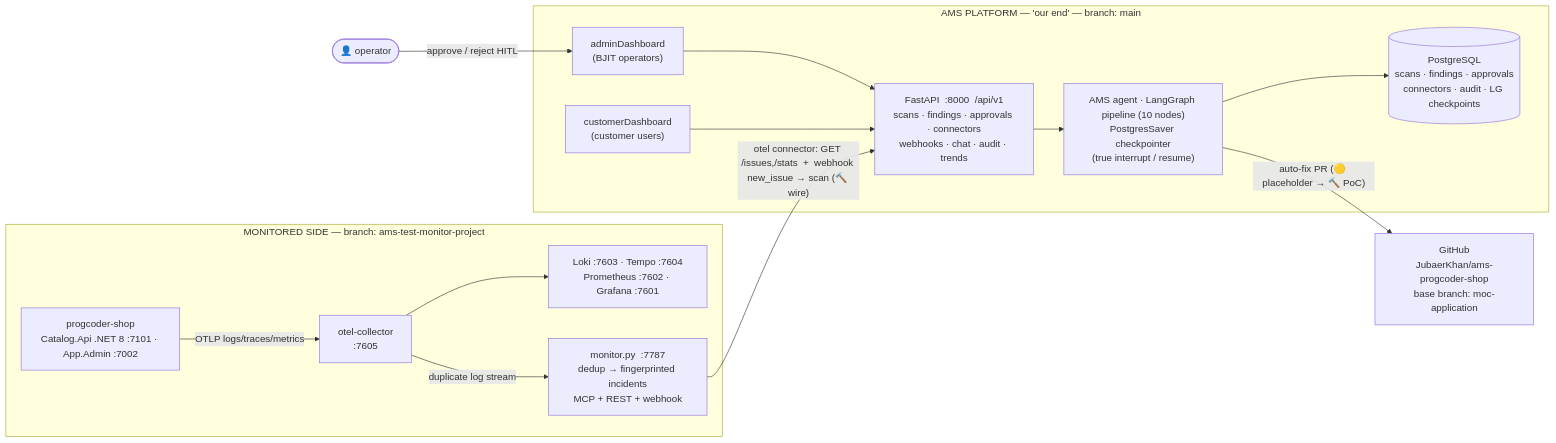
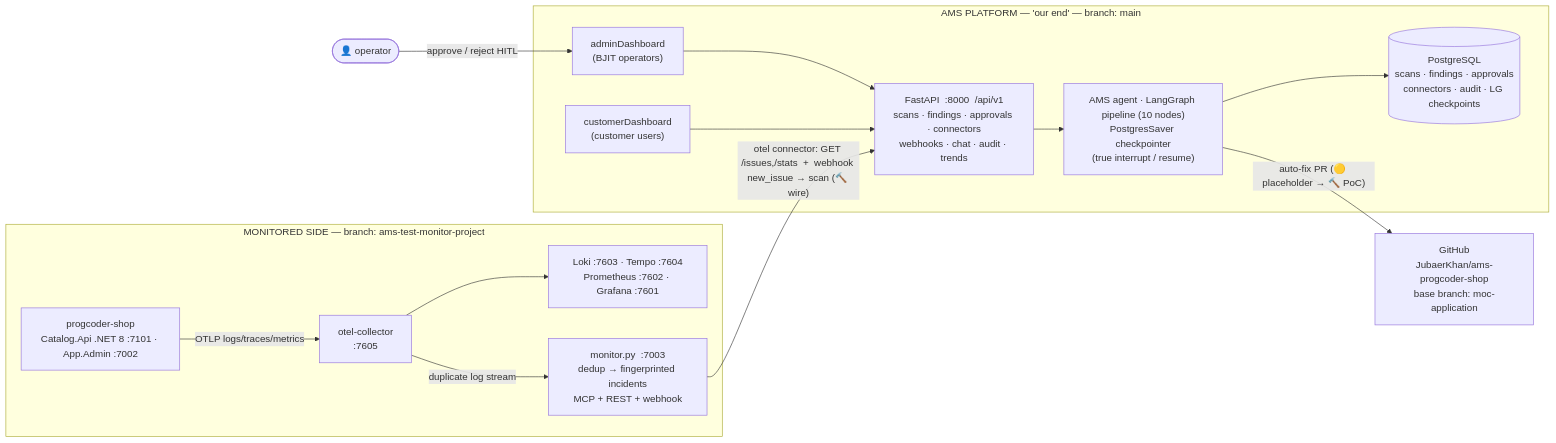
The first of 3 diagrams in poc_v1.0.0_workflow.md (JubaerKhan/ams-progcoder-shop), drawn with Mermaid before and after one commit. The commit also changed other lines of this file and 4 other files, not shown here.

````diff
--- a/poc_v1.0.0_workflow.md
+++ b/poc_v1.0.0_workflow.md
@@ -20,26 +20,26 @@
 ```mermaid
 flowchart LR
     subgraph monitored["MONITORED SIDE — branch: ams-test-monitor-project"]
         APP["progcoder-shop\nCatalog.Api .NET 8 :7101 · App.Admin :7002"]
         OTELC["otel-collector\n:7605"]
         OBS["Loki :7603 · Tempo :7604\nPrometheus :7602 · Grafana :7601"]
-        MON["monitor.py  :7787\ndedup → fingerprinted incidents\nMCP + REST + webhook"]
+        MON["monitor.py  :7003\ndedup → fingerprinted incidents\nMCP + REST + webhook"]
         APP -->|OTLP logs/traces/metrics| OTELC --> OBS
         OTELC -->|duplicate log stream| MON
     end
 
     subgraph ams["AMS PLATFORM — 'our end' — branch: main"]
         API["FastAPI  :8000  /api/v1\nscans · findings · approvals · connectors\nwebhooks · chat · audit · trends"]
         PIPE["AMS agent · LangGraph pipeline (10 nodes)\nPostgresSaver checkpointer\n(true interrupt / resume)"]
         DB[("PostgreSQL\nscans · findings · approvals\nconnectors · audit · LG checkpoints")]
         ADMIN["adminDashboard\n(BJIT operators)"]
         CUST["customerDashboard\n(customer users)"]
         API --> PIPE --> DB
         ADMIN --> API
         CUST --> API
     end
 
     MON -->|"otel connector: GET /issues,/stats  +  webhook new_issue → scan (🔨 wire)"| API
     PIPE -->|"auto-fix PR (🟡 placeholder → 🔨 PoC)"| GH["GitHub\nJubaerKhan/ams-progcoder-shop\nbase branch: moc-application"]
     OPER(["👤 operator"]) -->|approve / reject HITL| ADMIN
 ```
````
